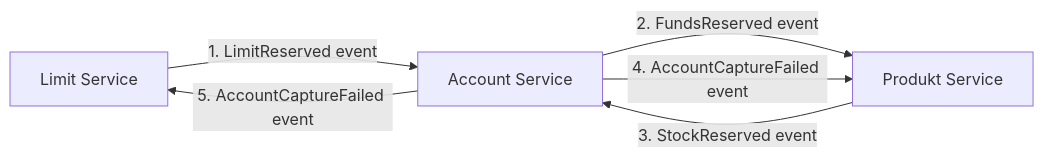
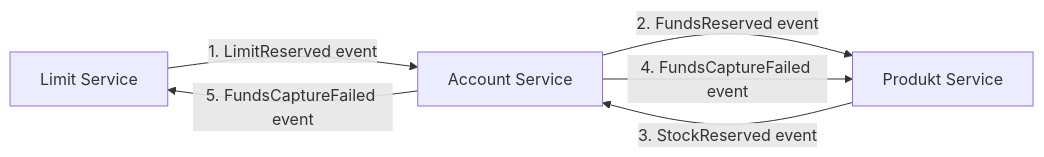
Diagram 19 of 30 in project-2/abgabe_projekt_2.md (Adrian-Hansen-dev/second-hand-ticket-app), drawn with Mermaid before and after one commit. The commit also changed other lines of this file, not shown here.

````diff
--- a/project-2/abgabe_projekt_2.md
+++ b/project-2/abgabe_projekt_2.md
@@ -698,12 +698,12 @@
 ```mermaid
 flowchart LR
     LS[Limit Service]
     AS[Account Service]
     PS[Produkt Service]
 
     LS -->|1. LimitReserved event| AS
     AS -->|2. FundsReserved event| PS
     PS -->|3. StockReserved event| AS
-    AS -->|4. AccountCaptureFailed event| PS
-    AS -->|5. AccountCaptureFailed event| LS
+    AS -->|4. FundsCaptureFailed event| PS
+    AS -->|5. FundsCaptureFailed event| LS
 ```
````
